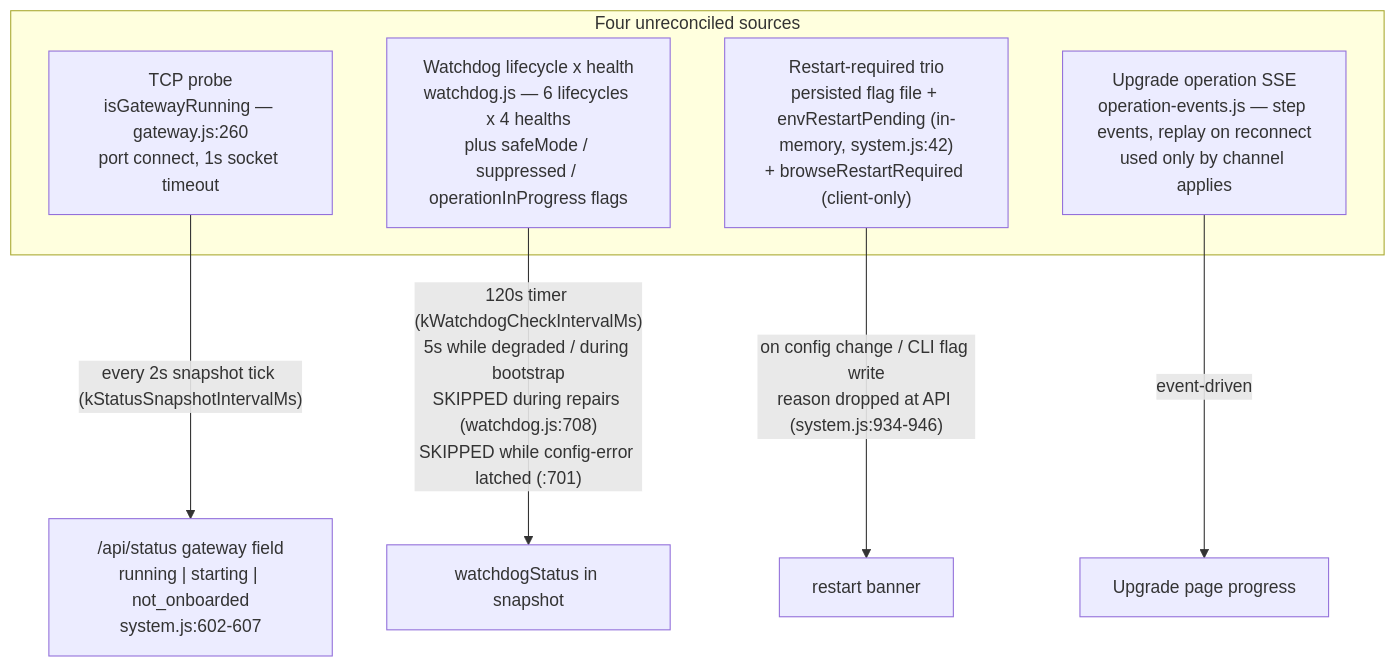
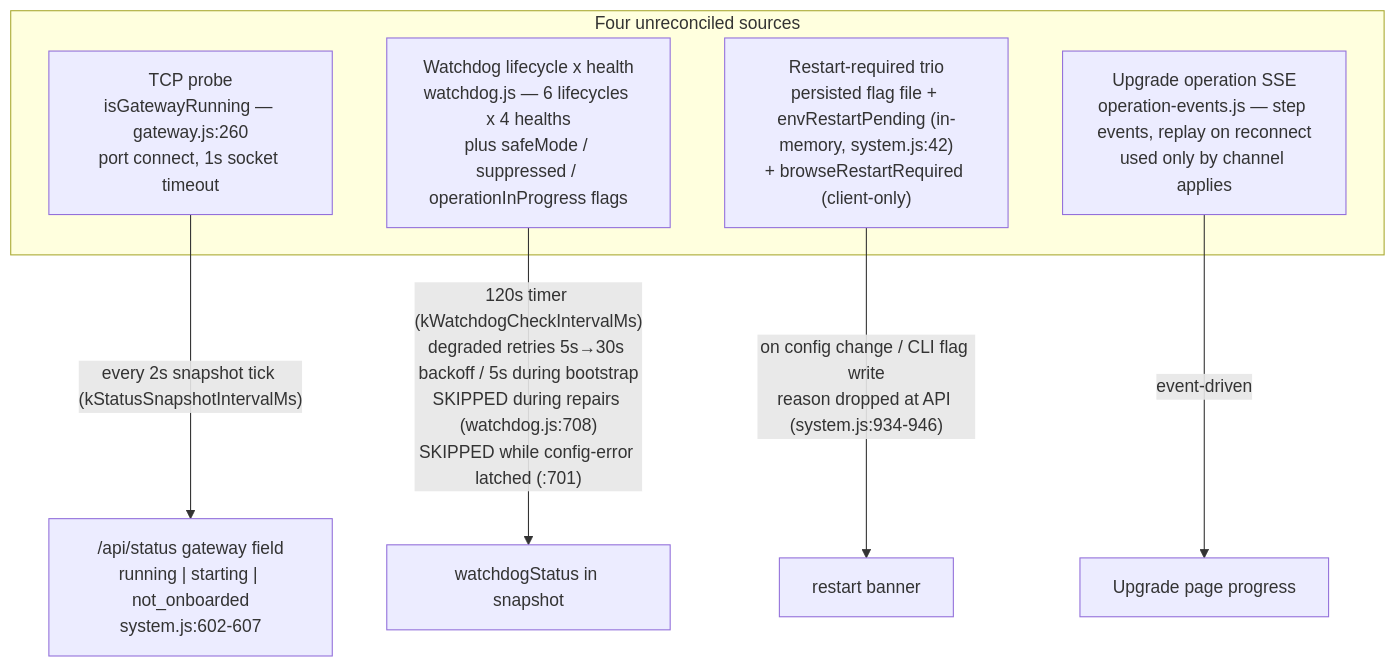
One commit to garrytan/alphaclaw changed the first of 5 diagrams in docs/designs/gateway-state-model.md. Above: the diagram before and after it, drawn with Mermaid. The commit also changed other lines of this file and 5 other files, not shown here.

````diff
--- a/docs/designs/gateway-state-model.md
+++ b/docs/designs/gateway-state-model.md
@@ -37,13 +37,13 @@
 ```mermaid
 flowchart TB
     subgraph sources["Four unreconciled sources"]
         TCP["TCP probe<br/>isGatewayRunning — gateway.js:260<br/>port connect, 1s socket timeout"]
         WD["Watchdog lifecycle x health<br/>watchdog.js — 6 lifecycles x 4 healths<br/>plus safeMode / suppressed / operationInProgress flags"]
         RR["Restart-required trio<br/>persisted flag file + envRestartPending (in-memory, system.js:42)<br/>+ browseRestartRequired (client-only)"]
         OP["Upgrade operation SSE<br/>operation-events.js — step events, replay on reconnect<br/>used only by channel applies"]
     end
     TCP -- "every 2s snapshot tick (kStatusSnapshotIntervalMs)" --> STATUS["/api/status gateway field<br/>running | starting | not_onboarded<br/>system.js:602-607"]
-    WD -- "120s timer (kWatchdogCheckIntervalMs)<br/>5s while degraded / during bootstrap<br/>SKIPPED during repairs (watchdog.js:708)<br/>SKIPPED while config-error latched (:701)" --> WSTATUS["watchdogStatus in snapshot"]
+    WD -- "120s timer (kWatchdogCheckIntervalMs)<br/>degraded retries 5s→30s backoff / 5s during bootstrap<br/>SKIPPED during repairs (watchdog.js:708)<br/>SKIPPED while config-error latched (:701)" --> WSTATUS["watchdogStatus in snapshot"]
     RR -- "on config change / CLI flag write<br/>reason dropped at API (system.js:934-946)" --> BANNER["restart banner"]
     OP -- "event-driven" --> UPGRADE["Upgrade page progress"]
 ```
````
